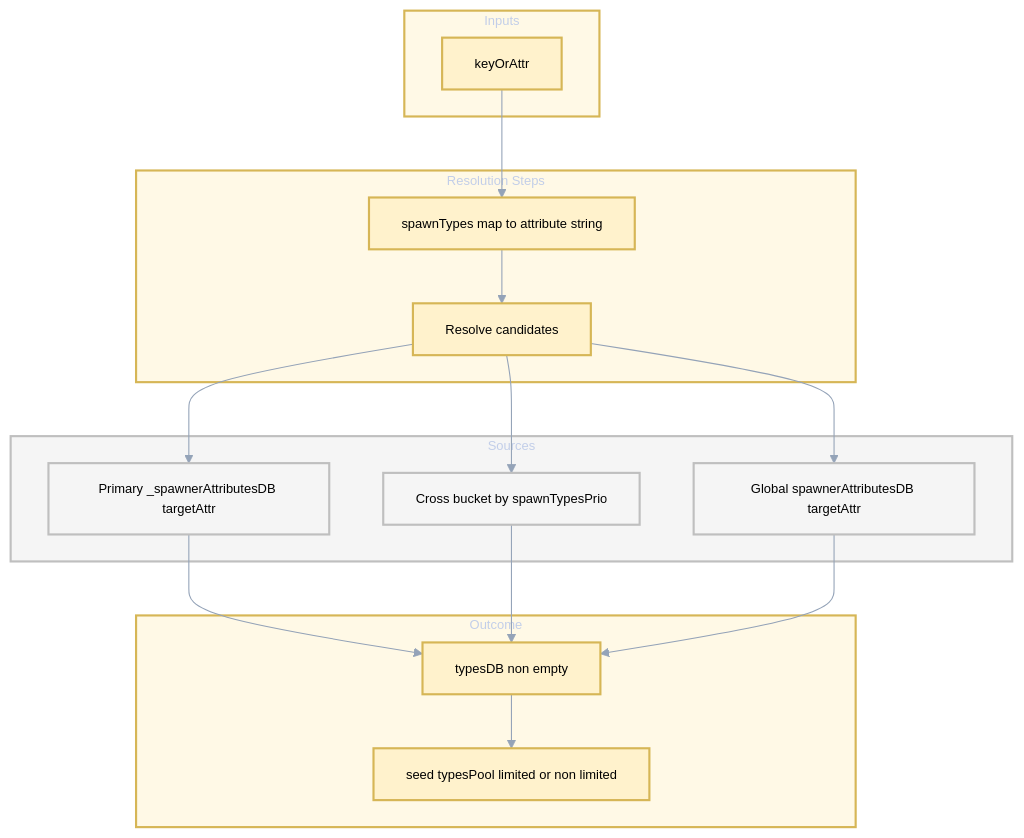
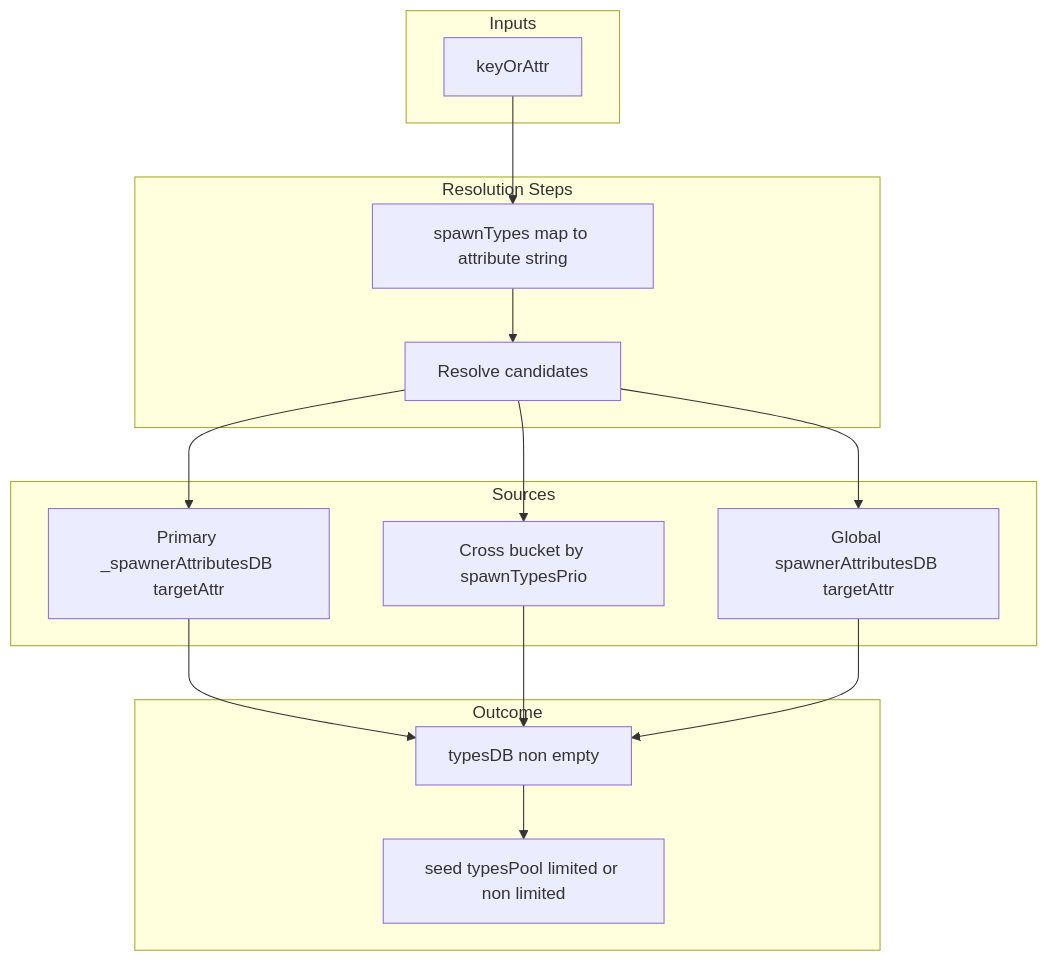
The first of 3 diagrams in docs/enums/spawn_types.md (Gh0st352/AETHR), drawn with Mermaid before and after one commit. The commit also changed other lines of this file and 7 other files, not shown here.

First line of the commit message:
docs(enums): normalize Mermaid labels and formatting

````diff
--- a/docs/enums/spawn_types.md
+++ b/docs/enums/spawn_types.md
@@ -28,54 +28,38 @@
 ```mermaid
-%%{init: {"theme":"base", "themeVariables":{"primaryColor":"#0f172a","primaryTextColor":"#000000ff","lineColor":"#94a3b8","fontSize":"12px"}}}%%
+%% shared theme: docs/_mermaid/theme.json %%
 flowchart TD
 
-%% Classes
-classDef sp fill:#fff2cc,stroke:#d6b656,stroke-width:2px;
-classDef enums fill:#dae8fc,stroke:#6c8ebf,stroke-width:2px;
-classDef src fill:#f5f5f5,stroke:#bfbfbf,stroke-width:2px;
-
-%% Inputs
-subgraph sgInputs [Inputs]
+subgraph "Inputs" ["Inputs"]
   K[keyOrAttr]
 end
 
-%% Steps
-subgraph sgSteps [Resolution Steps]
+subgraph "Resolution Steps" ["Resolution Steps"]
   T1[spawnTypes map to attribute string]
   R0[Resolve candidates]
 end
 
-%% Sources
-subgraph sgSources [Sources]
+subgraph "Sources" ["Sources"]
   P1[Primary _spawnerAttributesDB targetAttr]
   P2[Cross bucket by spawnTypesPrio]
   P3[Global spawnerAttributesDB targetAttr]
 end
 
-%% Outcome
-subgraph sgOutcome [Outcome]
+subgraph "Outcome" ["Outcome"]
   OUT[typesDB non empty]
   POOLS[seed typesPool limited or non limited]
 end
 
-%% Flow
 K --> T1
 T1 --> R0
 R0 --> P1
 R0 --> P2
 R0 --> P3
 P1 --> OUT
 P2 --> OUT
 P3 --> OUT
 OUT --> POOLS
 
-%% Classes
-class K,T1,R0,OUT,POOLS sp
-class P1,P2,P3 src
-
-%% Styles
-style sgInputs fill:#fff9e6,stroke:#d6b656,stroke-width:2px
-style sgSteps fill:#fff9e6,stroke:#d6b656,stroke-width:2px
-style sgSources fill:#f5f5f5,stroke:#bfbfbf,stroke-width:2px
-style sgOutcome fill:#fff9e6,stroke:#d6b656,stroke-width:2px
+class K,T1,R0 class_step;
+class OUT,POOLS class_result;
+class P1,P2,P3 class_data;
 ```
````
